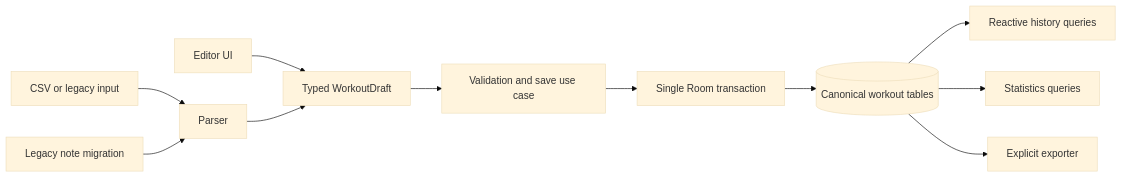
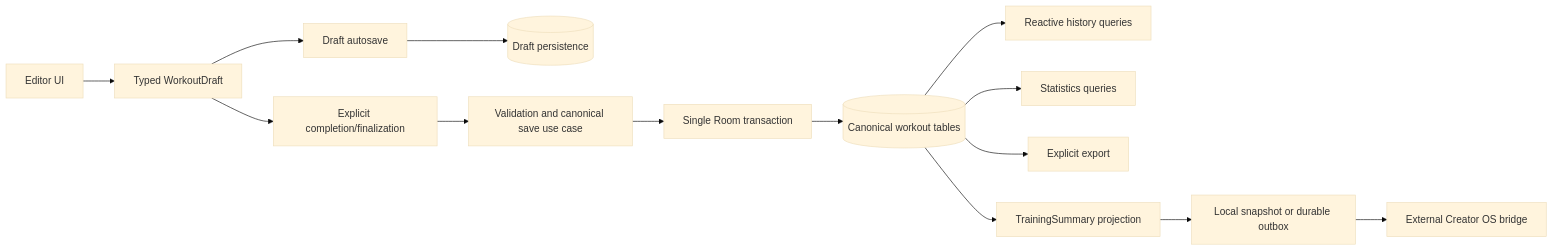
One commit to Znypr/GymTrack changed the fourth of 4 diagrams in docs/ARCHITECTURE.md. Above: the diagram before and after it, drawn with Mermaid (base theme). The commit also changed other lines of this file, not shown here.

Commit message:
docs: describe current canonical transition architecture

````diff
--- a/docs/ARCHITECTURE.md
+++ b/docs/ARCHITECTURE.md
@@ -221,15 +186,18 @@
 ```mermaid
 flowchart LR
     A[Editor UI] --> B[Typed WorkoutDraft]
-    B --> C[Validation and save use case]
-    C --> D[Single Room transaction]
-    D --> E[(Canonical workout tables)]
+    B --> C[Draft autosave]
+    B --> D[Explicit completion/finalization]
 
-    E --> F[Reactive history queries]
-    E --> G[Statistics queries]
-    E --> H[Explicit exporter]
+    C --> E[(Draft persistence)]
+    D --> F[Validation and canonical save use case]
+    F --> G[Single Room transaction]
+    G --> H[(Canonical workout tables)]
 
-    I[CSV or legacy input] --> J[Parser]
-    J --> B
-    K[Legacy note migration] --> J
+    H --> I[Reactive history queries]
+    H --> J[Statistics queries]
+    H --> K[Explicit export]
+    H --> L[TrainingSummary projection]
+    L --> M[Local snapshot or durable outbox]
+    M --> N[External Creator OS bridge]
 ```
````
